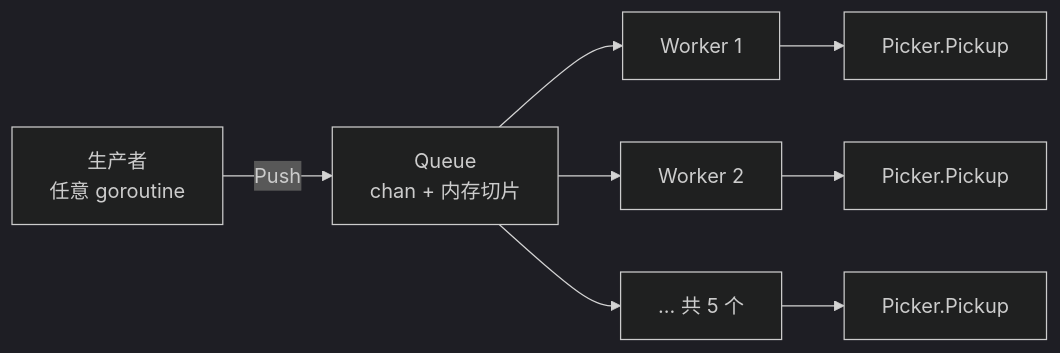
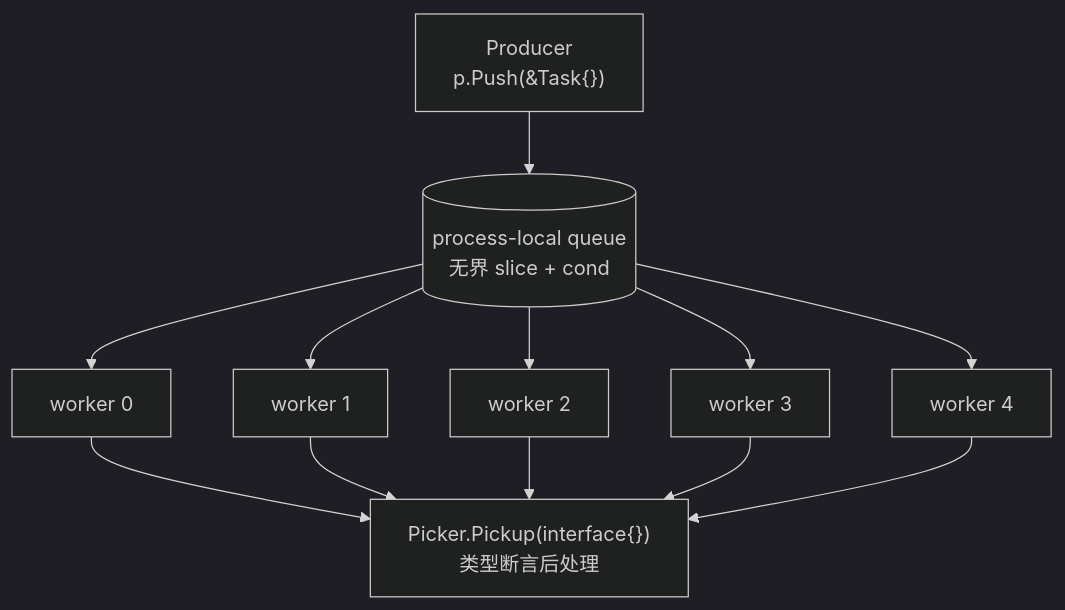
One commit to zq-xu/gotools changed the first of 2 diagrams in docs/03-worker-service.md. Above: the diagram before and after it, drawn with Mermaid (dark theme). The commit also changed other lines of this file and 5 other files, not shown here.

````diff
--- a/docs/03-worker-service.md
+++ b/docs/03-worker-service.md
@@ -15,10 +26,10 @@
 ```mermaid
-flowchart LR
-    P["生产者<br/>任意 goroutine"] -->|Push| Q["Queue<br/>chan + 内存切片"]
-    Q --> W1["Worker 1"]
-    Q --> W2["Worker 2"]
-    Q --> W3["... 共 5 个"]
-    W1 --> K1["Picker.Pickup"]
-    W2 --> K2["Picker.Pickup"]
-    W3 --> K3["Picker.Pickup"]
+flowchart TB
+    P["Producer<br/>p.Push(&Task{})"] --> Q[("process-local queue<br/>无界 slice + cond")]
+    Q --> W1["worker 0"]
+    Q --> W2["worker 1"]
+    Q --> W3["worker 2"]
+    Q --> W4["worker 3"]
+    Q --> W5["worker 4"]
+    W1 & W2 & W3 & W4 & W5 --> PK["Picker.Pickup(interface{})<br/>类型断言后处理"]
 ```
````
